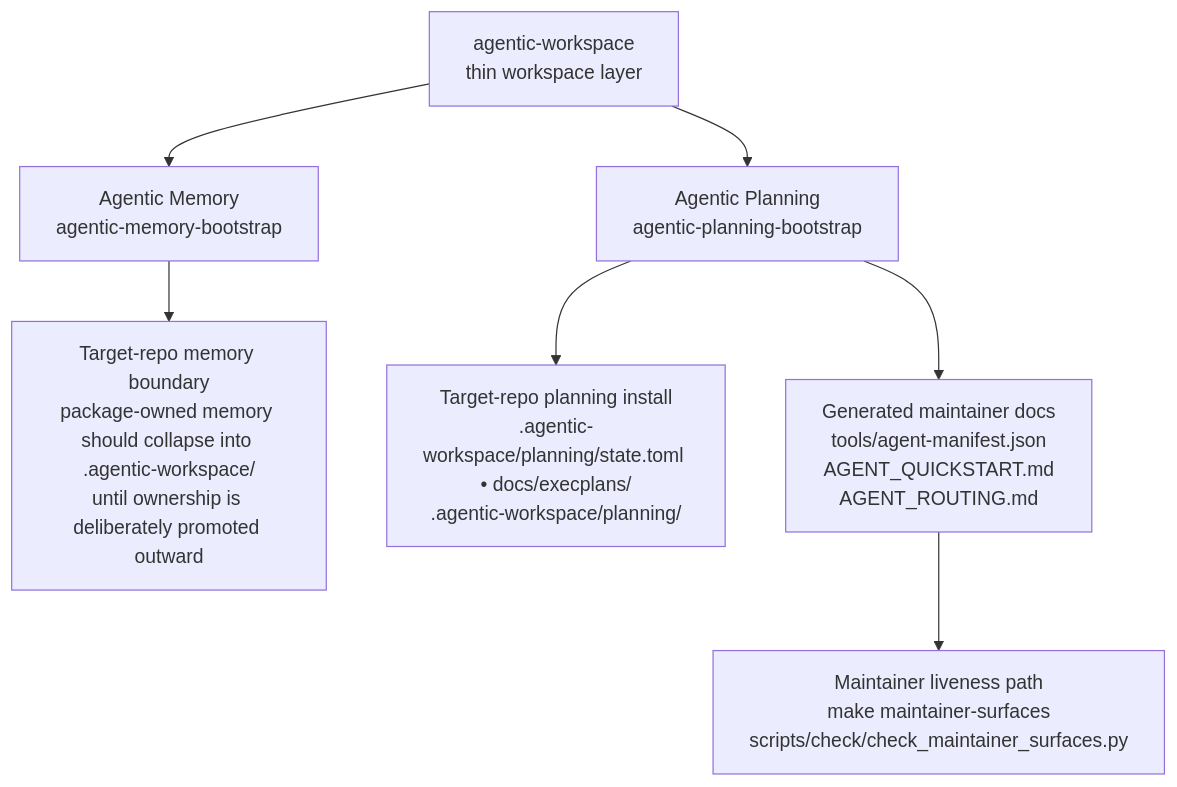
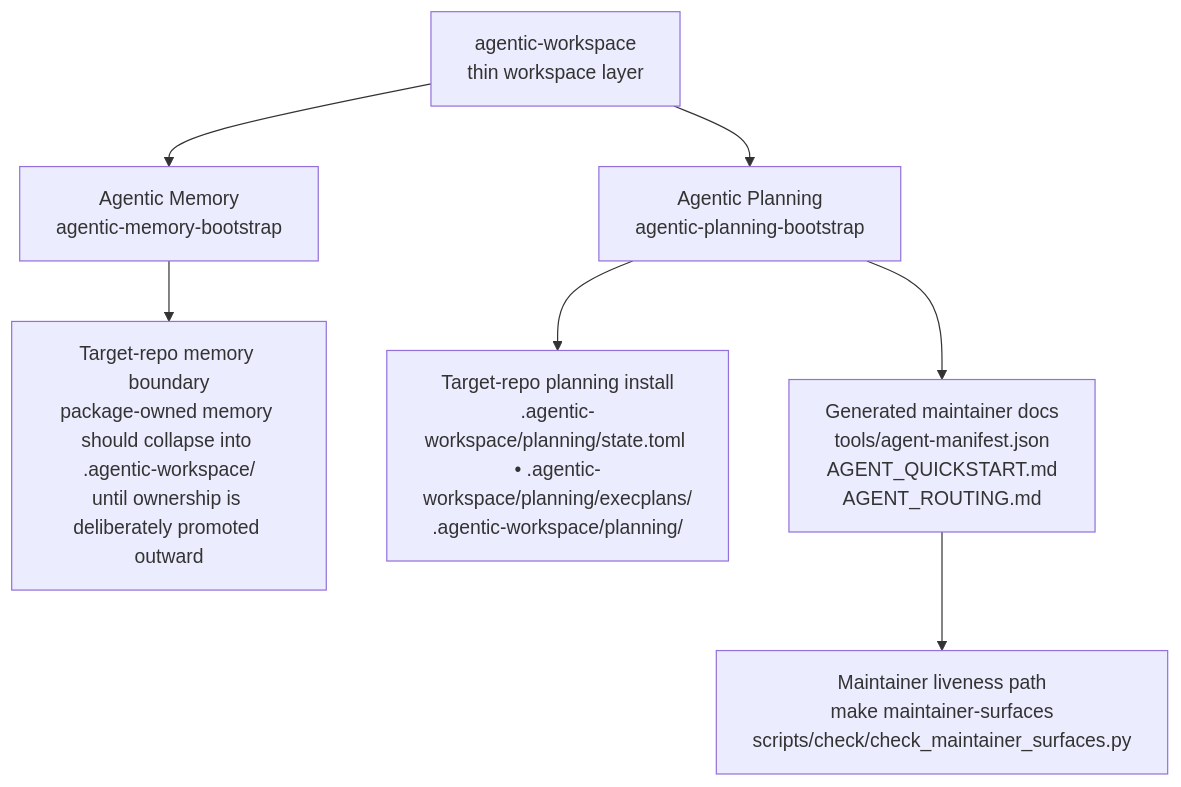
The diagram in docs/architecture.md (rickardvh/agentic-workspace), drawn with Mermaid before and after one commit. The commit also changed 610 other files, not shown here.

````diff
--- a/docs/architecture.md
+++ b/docs/architecture.md
@@ -9,9 +9,9 @@
 ```mermaid
 flowchart TD
     W[agentic-workspace\nthin workspace layer] --> M[Agentic Memory\nagentic-memory-bootstrap]
     W --> P[Agentic Planning\nagentic-planning-bootstrap]
-    P --> R[Target-repo planning install\n.agentic-workspace/planning/state.toml • docs/execplans/\n.agentic-workspace/planning/]
+    P --> R[Target-repo planning install\n.agentic-workspace/planning/state.toml • .agentic-workspace/planning/execplans/\n.agentic-workspace/planning/]
     M --> N[Target-repo memory boundary\npackage-owned memory should collapse into .agentic-workspace/\nuntil ownership is deliberately promoted outward]
     P --> G[Generated maintainer docs\ntools/agent-manifest.json\nAGENT_QUICKSTART.md\nAGENT_ROUTING.md]
     G --> C[Maintainer liveness path\nmake maintainer-surfaces\nscripts/check/check_maintainer_surfaces.py]
 ```
````
